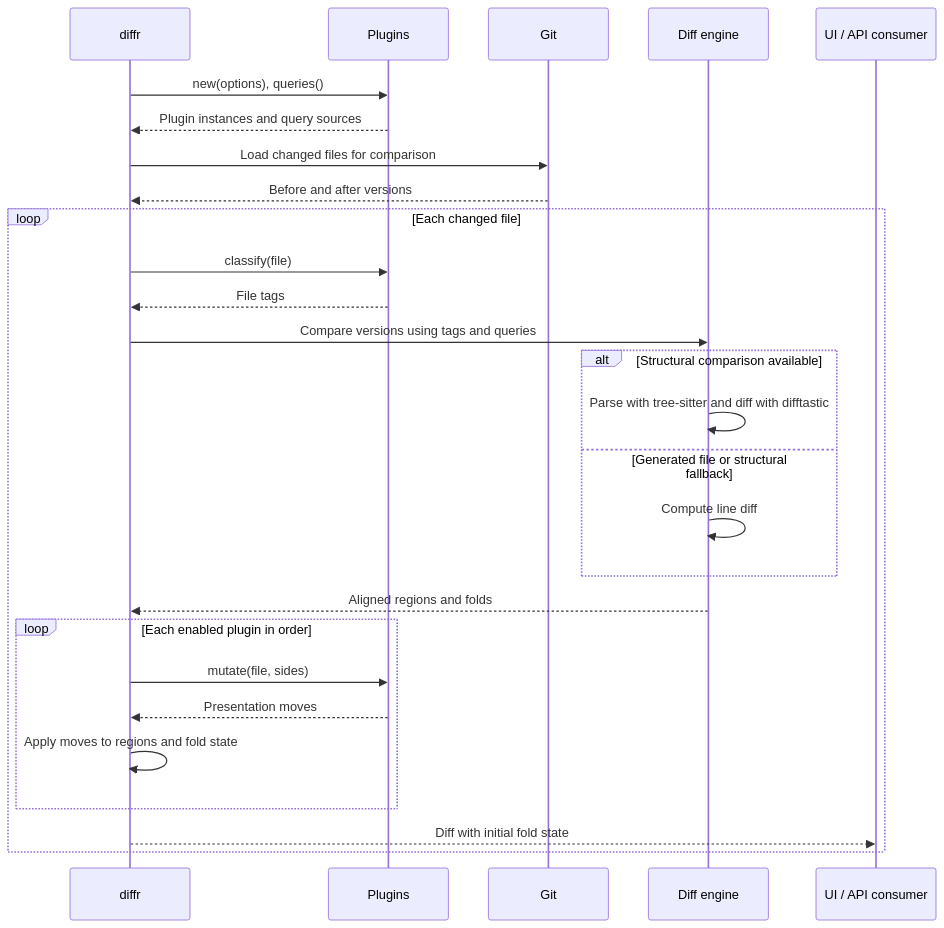
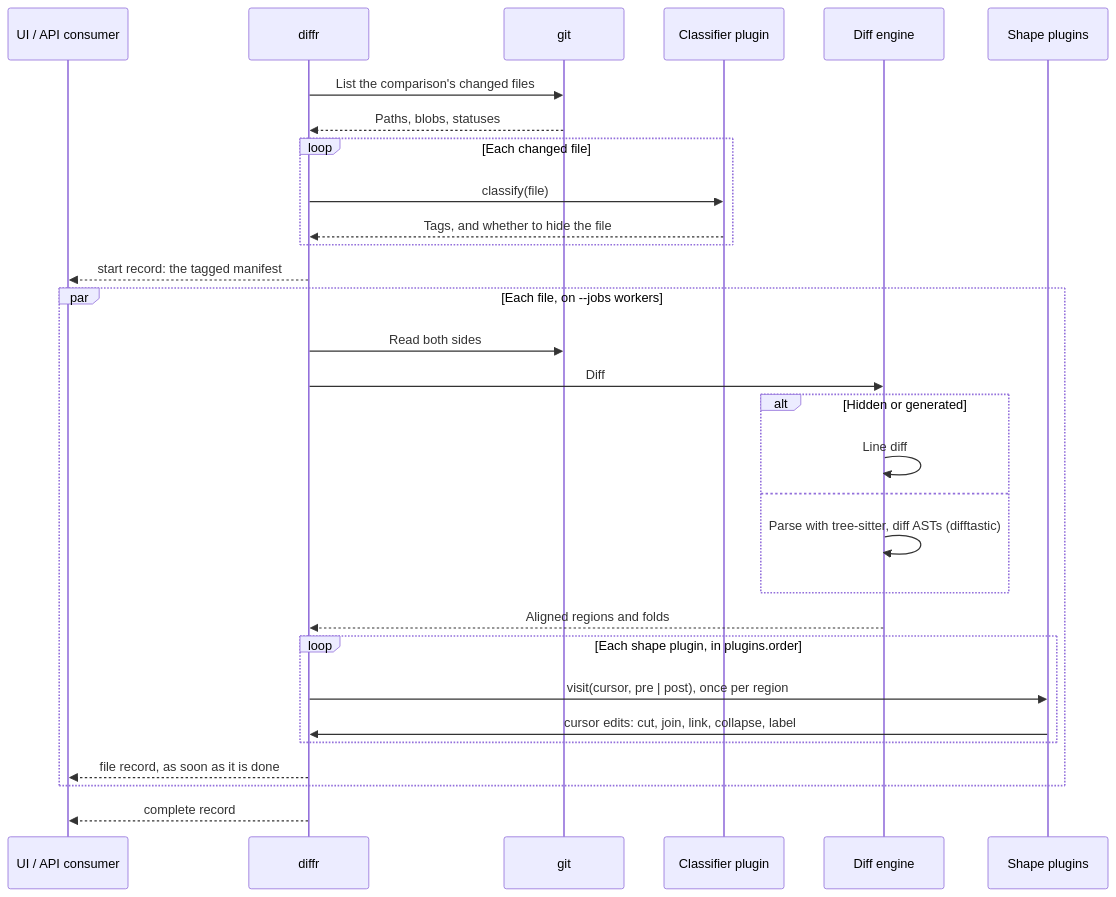
One commit to devdotfast/diffr changed the diagram in docs/plugin.md. Above: the diagram before and after it, drawn with Mermaid. The commit also changed other lines of this file and 238 other files, not shown here.

````diff
--- a/docs/plugin.md
+++ b/docs/plugin.md
@@ -60,30 +26,33 @@
 ```mermaid
 sequenceDiagram
+    participant C as UI / API consumer
     participant D as diffr
-    participant P as Plugins
-    participant G as Git
+    participant G as git
+    participant K as Classifier plugin
     participant E as Diff engine
-    participant C as UI / API consumer
+    participant S as Shape plugins
 
-    D->>P: new(options), queries()
-    P-->>D: Plugin instances and query sources
-    D->>G: Load changed files for comparison
-    G-->>D: Before and after versions
+    D->>G: List the comparison's changed files
+    G-->>D: Paths, blobs, statuses
     loop Each changed file
-        D->>P: classify(file)
-        P-->>D: File tags
-        D->>E: Compare versions using tags and queries
-        alt Structural comparison available
-            E->>E: Parse with tree-sitter and diff with difftastic
-        else Generated file or structural fallback
-            E->>E: Compute line diff
+        D->>K: classify(file)
+        K-->>D: Tags, and whether to hide the file
+    end
+    D-->>C: start record: the tagged manifest
+    par Each file, on --jobs workers
+        D->>G: Read both sides
+        D->>E: Diff
+        alt Hidden or generated
+            E->>E: Line diff
+        else
+            E->>E: Parse with tree-sitter, diff ASTs (difftastic)
         end
         E-->>D: Aligned regions and folds
-        loop Each enabled plugin in order
-            D->>P: mutate(file, sides)
-            P-->>D: Presentation moves
-            D->>D: Apply moves to regions and fold state
+        loop Each shape plugin, in plugins.order
+            D->>S: visit(cursor, pre | post), once per region
+            S->>D: cursor edits: cut, join, link, collapse, label
         end
-        D-->>C: Diff with initial fold state
+        D-->>C: file record, as soon as it is done
     end
+    D-->>C: complete record
 ```
````
